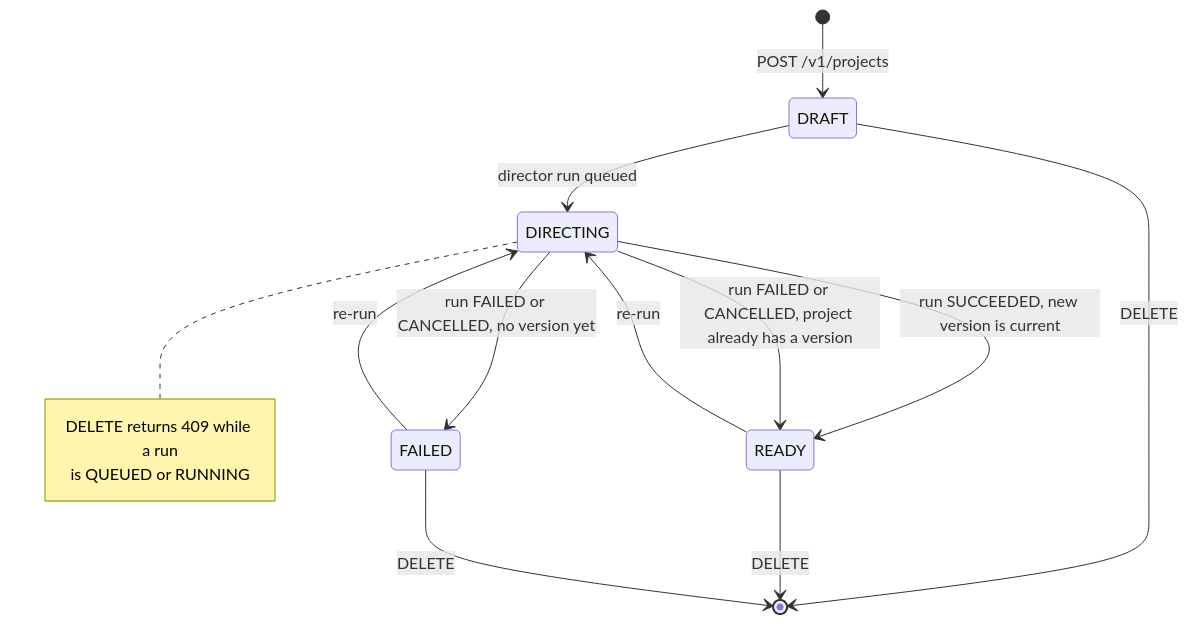
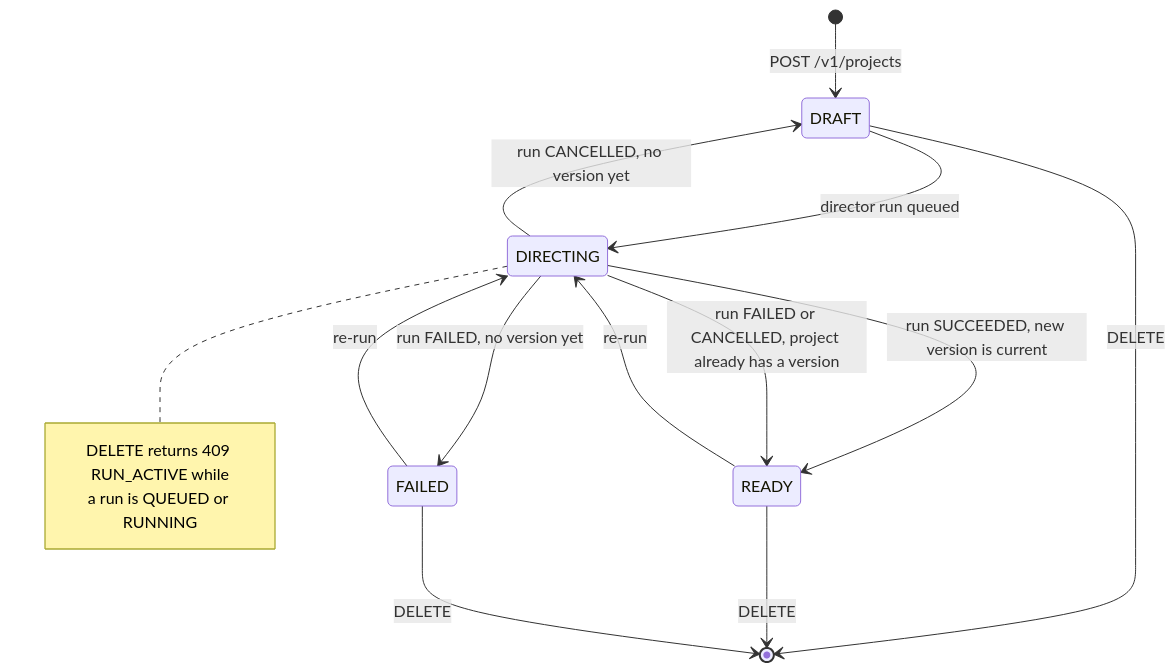
Before and after one commit to Gokulraj002/Video-Creation: the second of 4 diagrams in docs/DATABASE.md, drawn with Mermaid. The commit also changed other lines of this file and 1 other file, not shown here.

First line of the commit message:
docs: architecture (system, containers, director pipeline, run sequence) and database

````diff
--- a/docs/DATABASE.md
+++ b/docs/DATABASE.md
@@ -320,18 +324,19 @@
 ```mermaid
 stateDiagram-v2
   [*] --> DRAFT: POST /v1/projects
   DRAFT --> DIRECTING: director run queued
   DIRECTING --> READY: run SUCCEEDED, new version is current
   DIRECTING --> READY: run FAILED or CANCELLED, project already has a version
-  DIRECTING --> FAILED: run FAILED or CANCELLED, no version yet
+  DIRECTING --> FAILED: run FAILED, no version yet
+  DIRECTING --> DRAFT: run CANCELLED, no version yet
   READY --> DIRECTING: re-run
   FAILED --> DIRECTING: re-run
   DRAFT --> [*]: DELETE
   READY --> [*]: DELETE
   FAILED --> [*]: DELETE
 
   note right of DIRECTING
-    DELETE returns 409 while a run
-    is QUEUED or RUNNING
+    DELETE returns 409 RUN_ACTIVE while
+    a run is QUEUED or RUNNING
   end note
 ```
````
